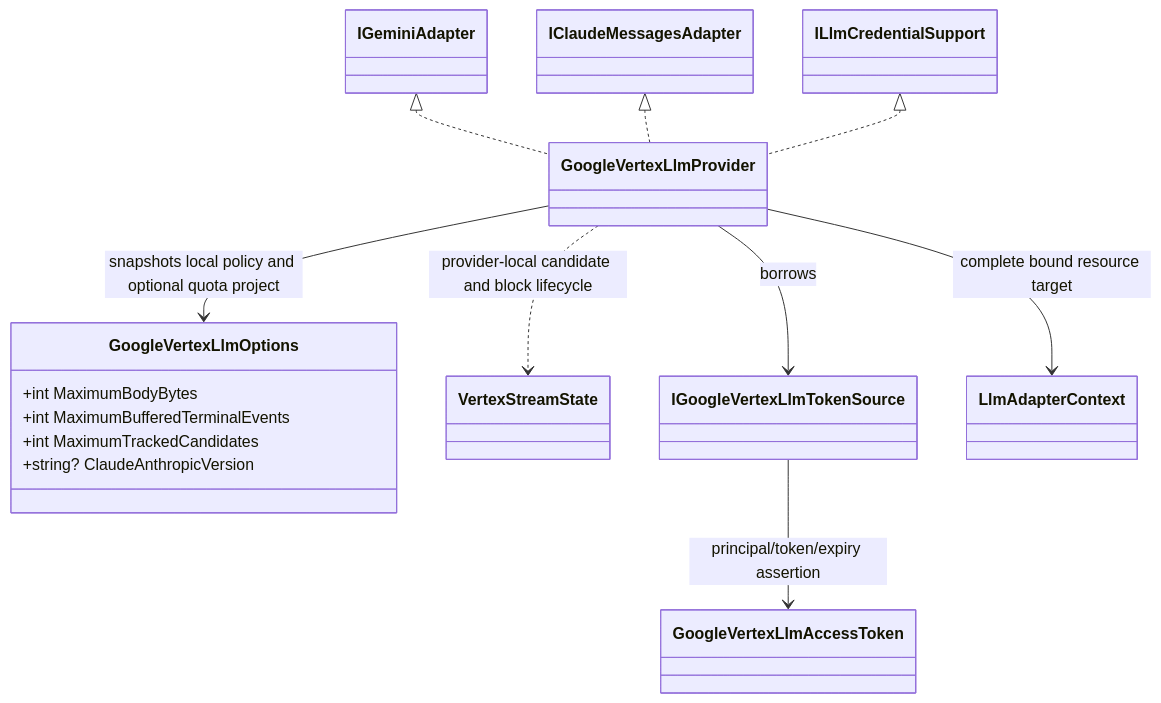
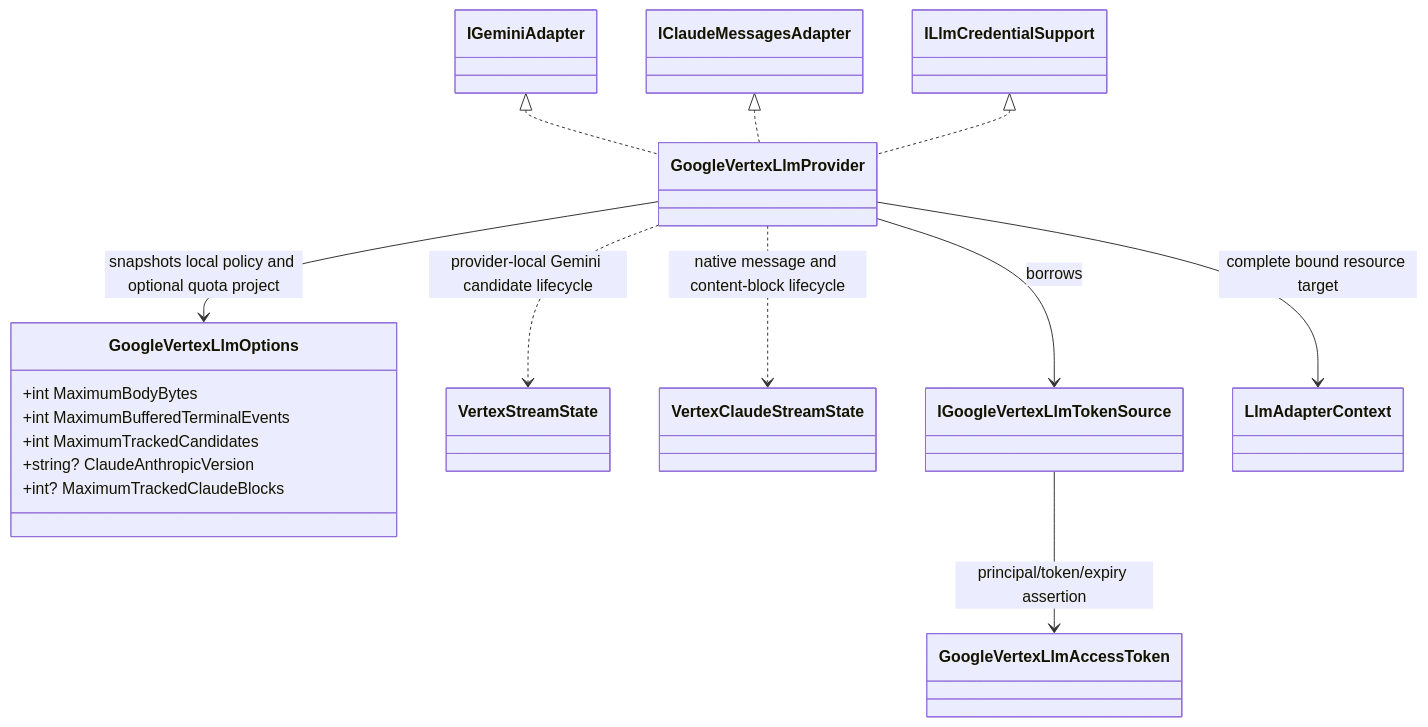
Before and after one commit to BenLampson/Asgard.Loki: the third of 36 diagrams in docs/architecture.md, drawn with Mermaid. The commit also changed other lines of this file and 19 other files, not shown here.

Commit message:
feat(llm): add native Vertex Claude SSE with bounded block lifecycle

````diff
--- a/docs/architecture.md
+++ b/docs/architecture.md
@@ -101,17 +101,19 @@
 ```mermaid
 classDiagram
 IGeminiAdapter <|.. GoogleVertexLlmProvider
 IClaudeMessagesAdapter <|.. GoogleVertexLlmProvider
 ILlmCredentialSupport <|.. GoogleVertexLlmProvider
 GoogleVertexLlmProvider --> GoogleVertexLlmOptions : snapshots local policy and optional quota project
 class GoogleVertexLlmOptions {
     +int MaximumBodyBytes
     +int MaximumBufferedTerminalEvents
     +int MaximumTrackedCandidates
     +string? ClaudeAnthropicVersion
+    +int? MaximumTrackedClaudeBlocks
 }
-GoogleVertexLlmProvider ..> VertexStreamState : provider-local candidate and block lifecycle
+GoogleVertexLlmProvider ..> VertexStreamState : provider-local Gemini candidate lifecycle
+GoogleVertexLlmProvider ..> VertexClaudeStreamState : native message and content-block lifecycle
 GoogleVertexLlmProvider --> IGoogleVertexLlmTokenSource : borrows
 IGoogleVertexLlmTokenSource --> GoogleVertexLlmAccessToken : principal/token/expiry assertion
 GoogleVertexLlmProvider --> LlmAdapterContext : complete bound resource target
 ```
````
